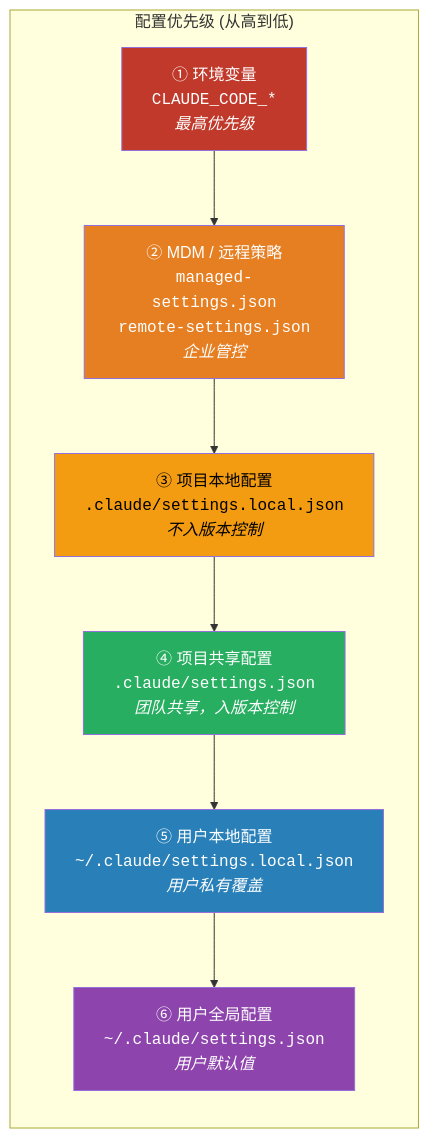
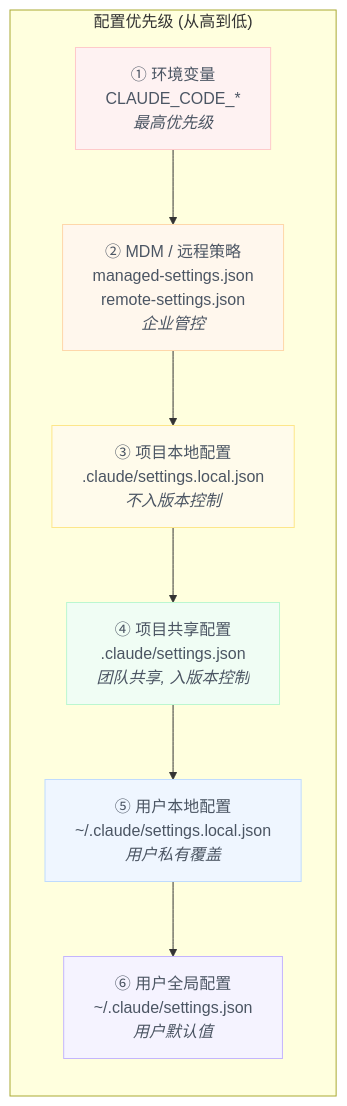
The third of 6 diagrams in docs/projects/claude-code/02_architecture.md (shenh10/shenh10.github.io), drawn with Mermaid before and after one commit. The commit also changed other lines of this file and 12 other files, not shown here.

Commit message:
sync: update claude-code codebook from notebook source

````diff
--- a/docs/projects/claude-code/02_architecture.md
+++ b/docs/projects/claude-code/02_architecture.md
@@ -176,20 +182,20 @@
 ```mermaid
 graph TB
     subgraph Priority["配置优先级 (从高到低)"]
         direction TB
-        P1["① 环境变量<br/><code>CLAUDE_CODE_*</code><br/><i>最高优先级</i>"]
-        P2["② MDM / 远程策略<br/><code>managed-settings.json</code><br/><code>remote-settings.json</code><br/><i>企业管控</i>"]
-        P3["③ 项目本地配置<br/><code>.claude/settings.local.json</code><br/><i>不入版本控制</i>"]
-        P4["④ 项目共享配置<br/><code>.claude/settings.json</code><br/><i>团队共享，入版本控制</i>"]
-        P5["⑤ 用户本地配置<br/><code>~/.claude/settings.local.json</code><br/><i>用户私有覆盖</i>"]
-        P6["⑥ 用户全局配置<br/><code>~/.claude/settings.json</code><br/><i>用户默认值</i>"]
+        P1["① 环境变量<br>CLAUDE_CODE_*<br><i>最高优先级</i>"]
+        P2["② MDM / 远程策略<br>managed-settings.json<br>remote-settings.json<br><i>企业管控</i>"]
+        P3["③ 项目本地配置<br>.claude/settings.local.json<br><i>不入版本控制</i>"]
+        P4["④ 项目共享配置<br>.claude/settings.json<br><i>团队共享, 入版本控制</i>"]
+        P5["⑤ 用户本地配置<br>~/.claude/settings.local.json<br><i>用户私有覆盖</i>"]
+        P6["⑥ 用户全局配置<br>~/.claude/settings.json<br><i>用户默认值</i>"]
         P1 --> P2 --> P3 --> P4 --> P5 --> P6
     end
 
-    style P1 fill:#c0392b,color:#fff
-    style P2 fill:#e67e22,color:#fff
-    style P3 fill:#f39c12,color:#000
-    style P4 fill:#27ae60,color:#fff
-    style P5 fill:#2980b9,color:#fff
-    style P6 fill:#8e44ad,color:#fff
+    style P1 fill:#fef2f2,stroke:#fecaca,color:#4b5563
+    style P2 fill:#fff7ed,stroke:#fed7aa,color:#4b5563
+    style P3 fill:#fffbeb,stroke:#fde68a,color:#4b5563
+    style P4 fill:#f0fdf4,stroke:#bbf7d0,color:#4b5563
+    style P5 fill:#eff6ff,stroke:#bfdbfe,color:#4b5563
+    style P6 fill:#f5f3ff,stroke:#c4b5fd,color:#4b5563
 ```
````
